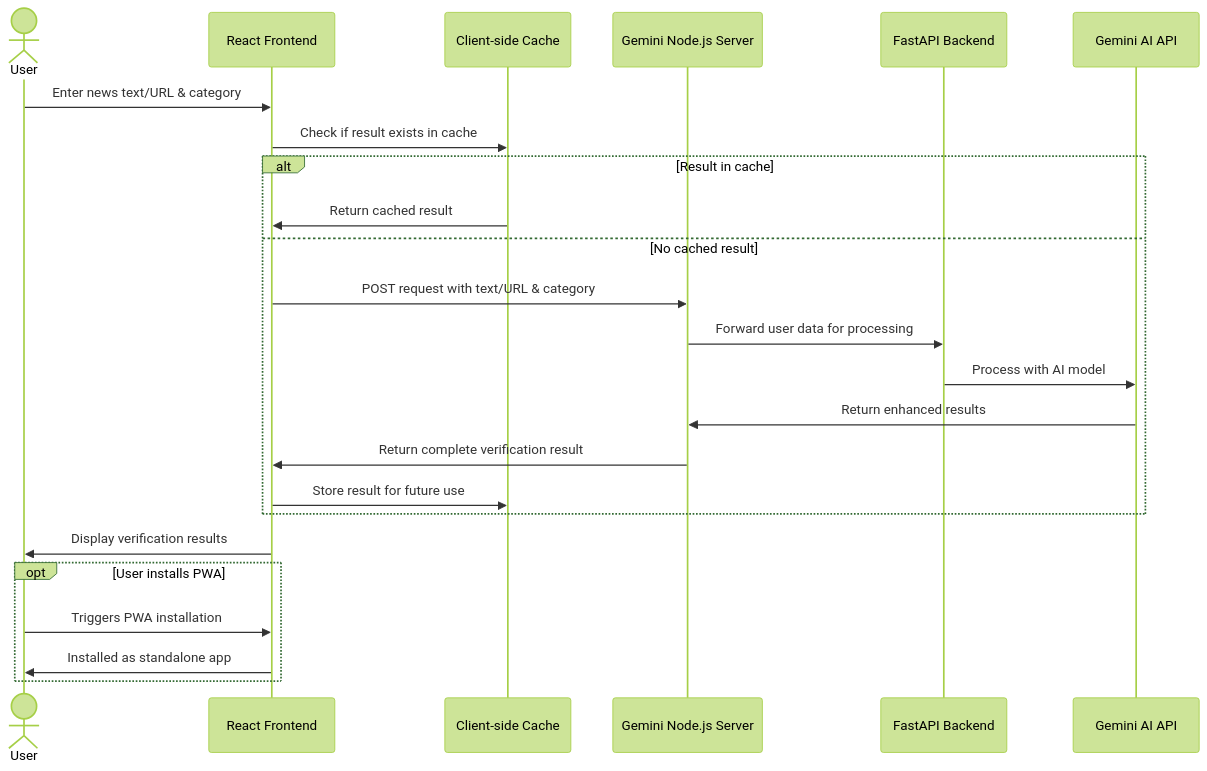
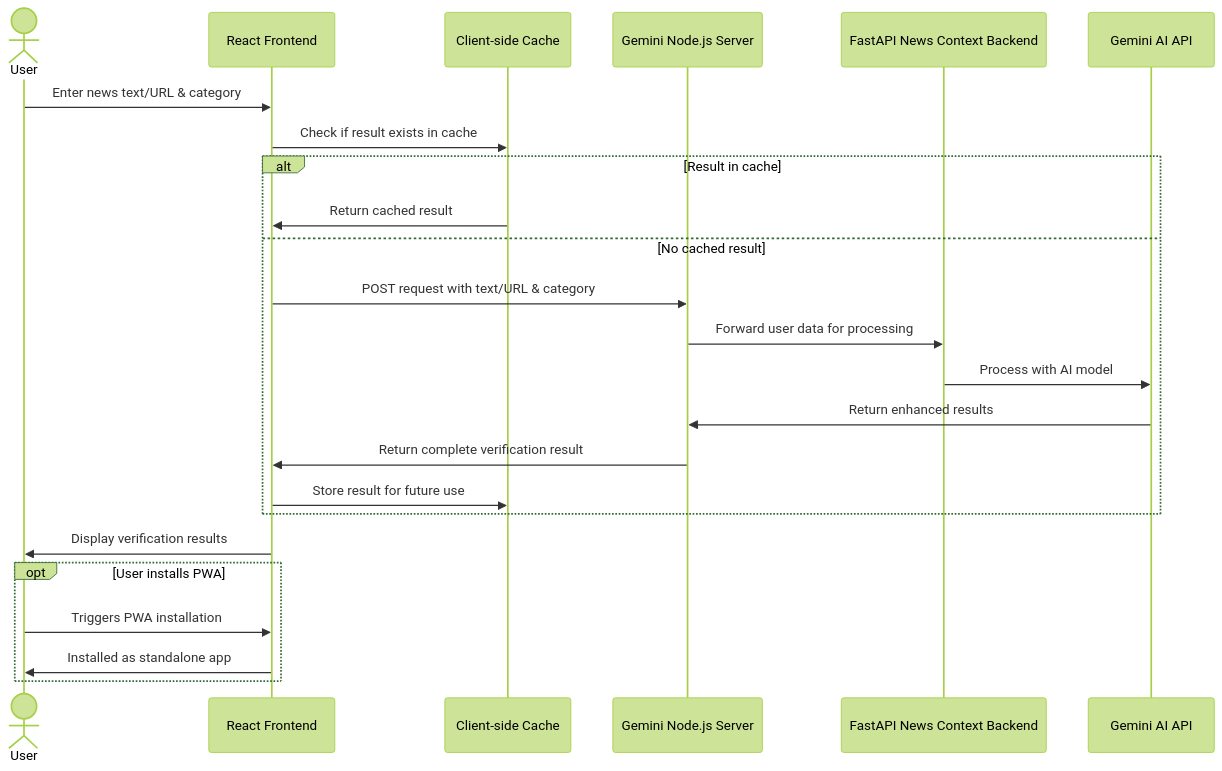
The second of 3 diagrams in FakeNews.md (0xarchit/Docs-Hosting), drawn with Mermaid (forest theme) before and after one commit. The commit also changed other lines of this file, not shown here.

Commit message:
Clarify backend service names and enhance uptime monitoring section in FakeNews.md

````diff
--- a/FakeNews.md
+++ b/FakeNews.md
@@ -79,30 +79,30 @@
 ```mermaid
 sequenceDiagram
     actor User
     participant Frontend as React Frontend
     participant Cache as Client-side Cache
     participant Gemini as Gemini Node.js Server
-    participant FastAPI as FastAPI Backend
+    participant FastAPI as FastAPI News Context Backend
     participant GeminiAI as Gemini AI API
     
     User->>Frontend: Enter news text/URL & category
     Frontend->>Cache: Check if result exists in cache
     
     alt Result in cache
         Cache->>Frontend: Return cached result
     else No cached result
         Frontend->>Gemini: POST request with text/URL & category
         Gemini->>FastAPI: Forward user data for processing
         FastAPI->>GeminiAI: Process with AI model
         GeminiAI->>Gemini: Return enhanced results
         Gemini->>Frontend: Return complete verification result
         Frontend->>Cache: Store result for future use
     end
     
     Frontend->>User: Display verification results
     
     opt User installs PWA
         User->>Frontend: Triggers PWA installation
         Frontend->>User: Installed as standalone app
     end
 ```
````
